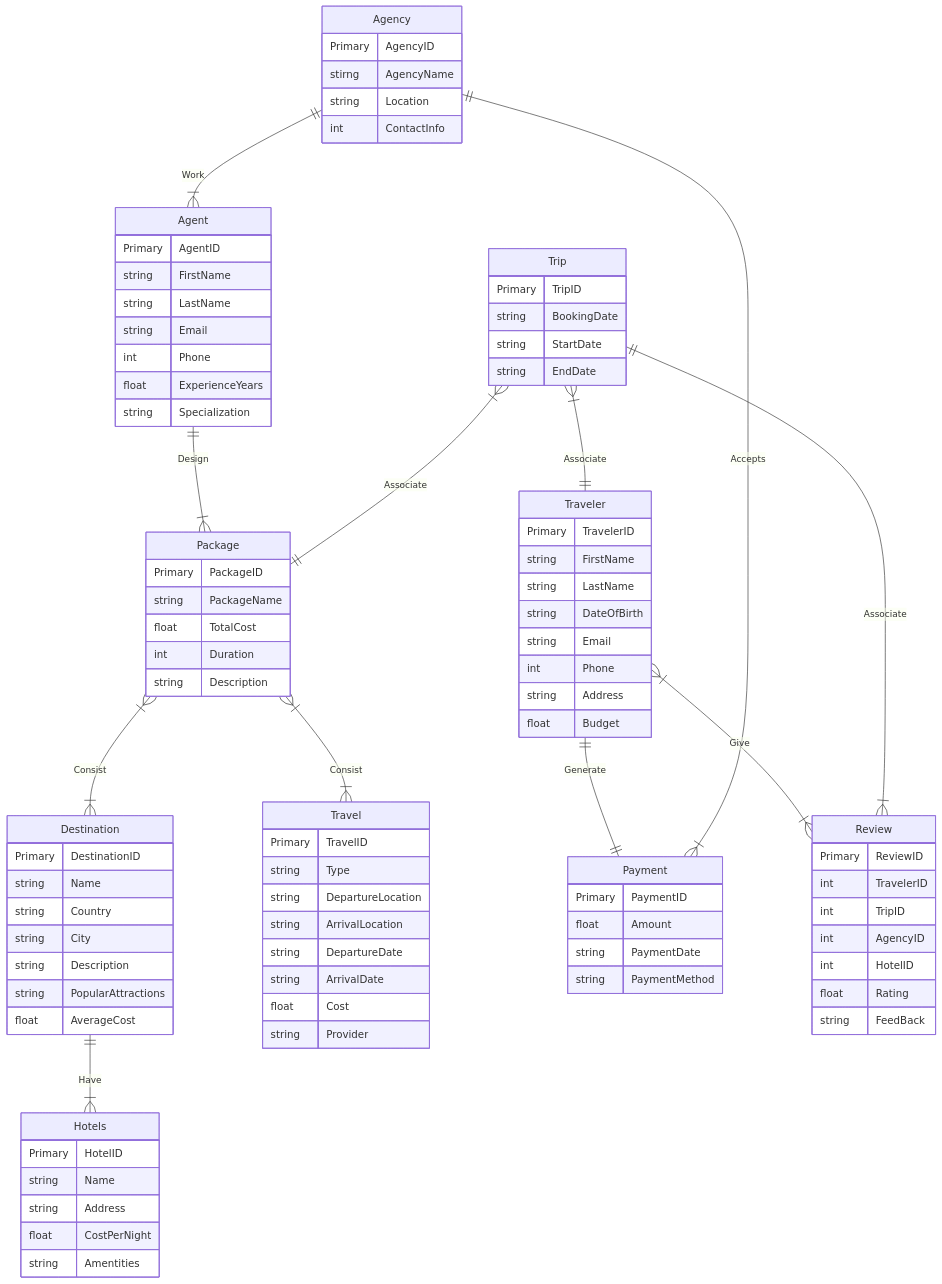
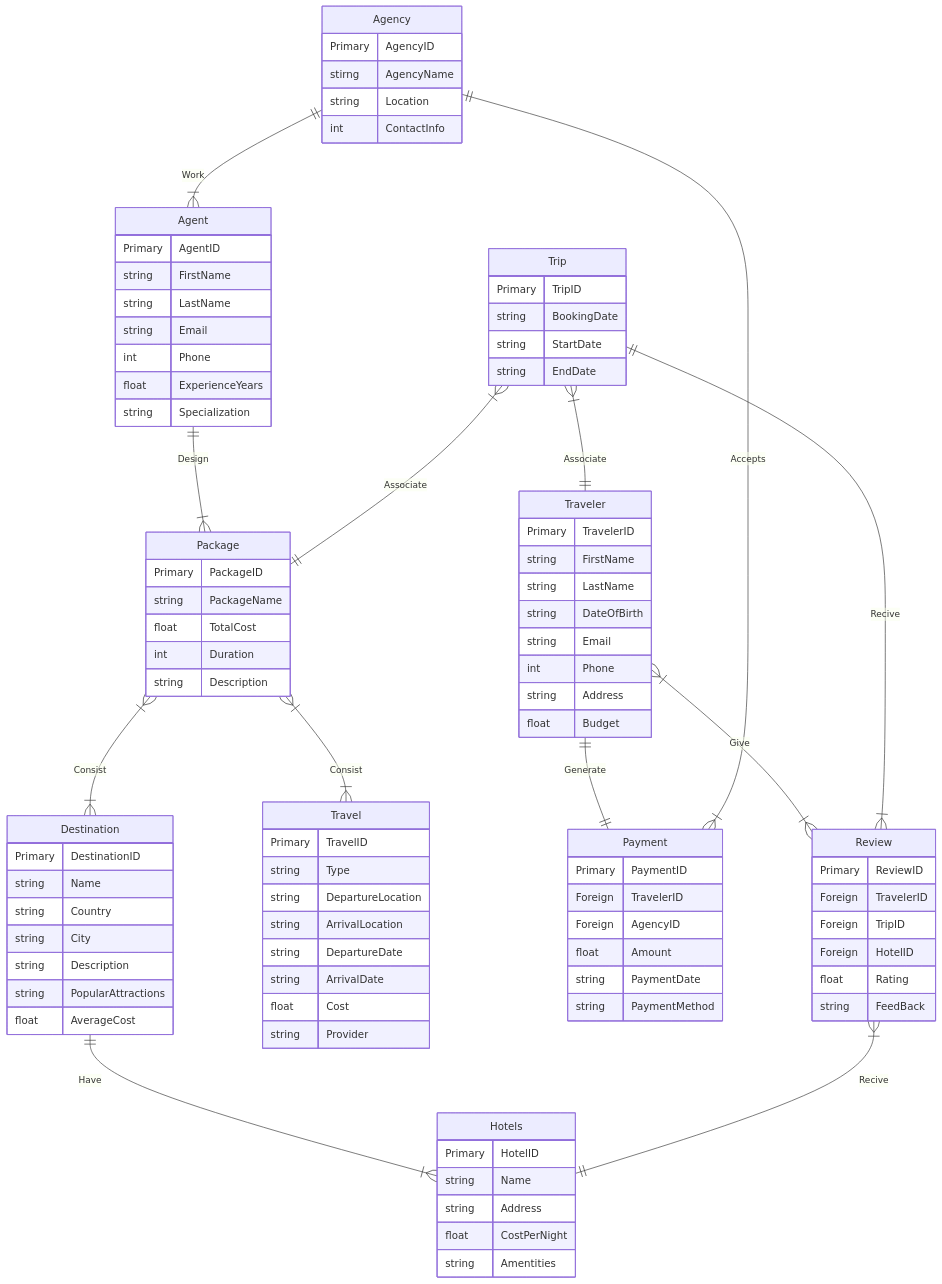
The diagram in DatabaseDesign.qmd (cmsc-vcu/cmsc508-fa2023-prj-traveldatabase-group), drawn with Mermaid before and after one commit. The commit also changed other lines of this file, not shown here.

```diff
--- a/DatabaseDesign.qmd
+++ b/DatabaseDesign.qmd
@@ -21,7 +101,9 @@
 Traveler ||--|| Payment: Generate
 Agency ||--|{ Payment: Accepts
 Traveler }|--|{ Review: Give
-Review }|--|| Trip: Associate
+Review }|--|| Trip: Recive
+Review }|--|| Hotels: Recive
+
 
 Traveler{
     Primary TravelerID
@@ -97,6 +179,8 @@
 
 Payment{
     Primary PaymentID
+    Foreign TravelerID
+    Foreign AgencyID
     float Amount
     string PaymentDate
     string PaymentMethod
@@ -104,10 +188,9 @@
 
 Review{
     Primary ReviewID
-    int TravelerID
-    int TripID
-    int AgencyID
-    int HotelID
+    Foreign TravelerID
+    Foreign TripID
+    Foreign HotelID
     float Rating
     string FeedBack
 }
```
